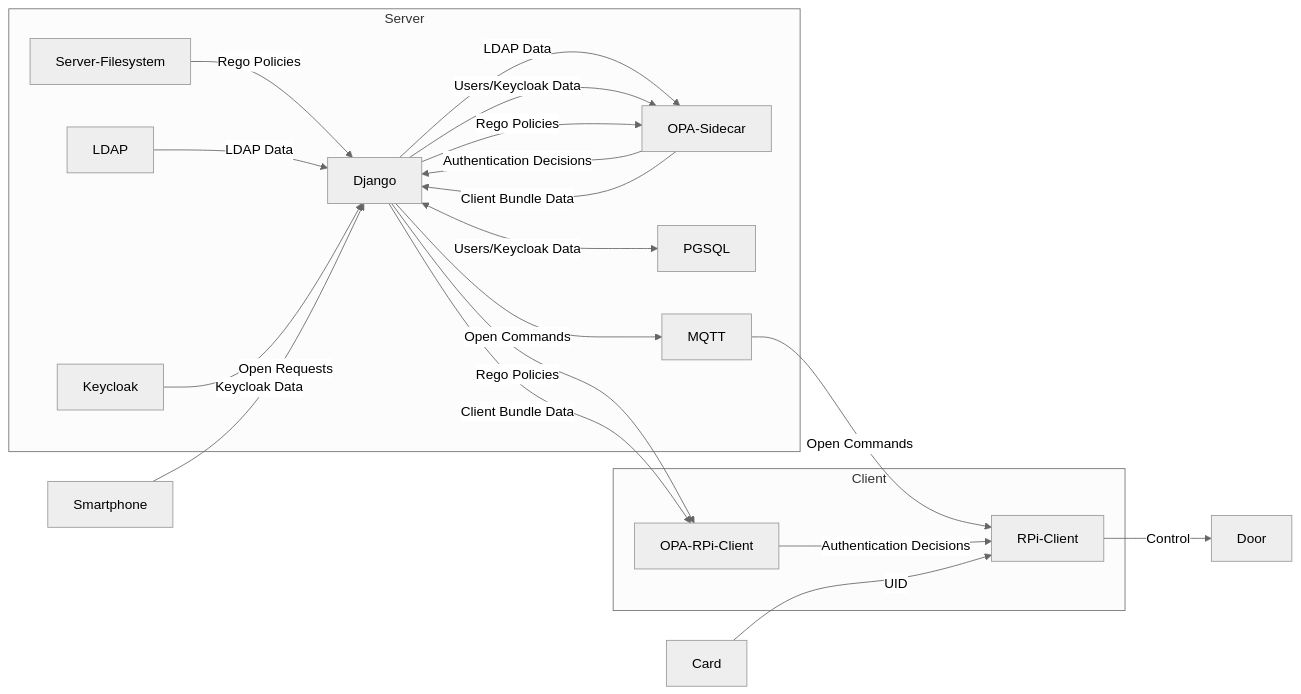
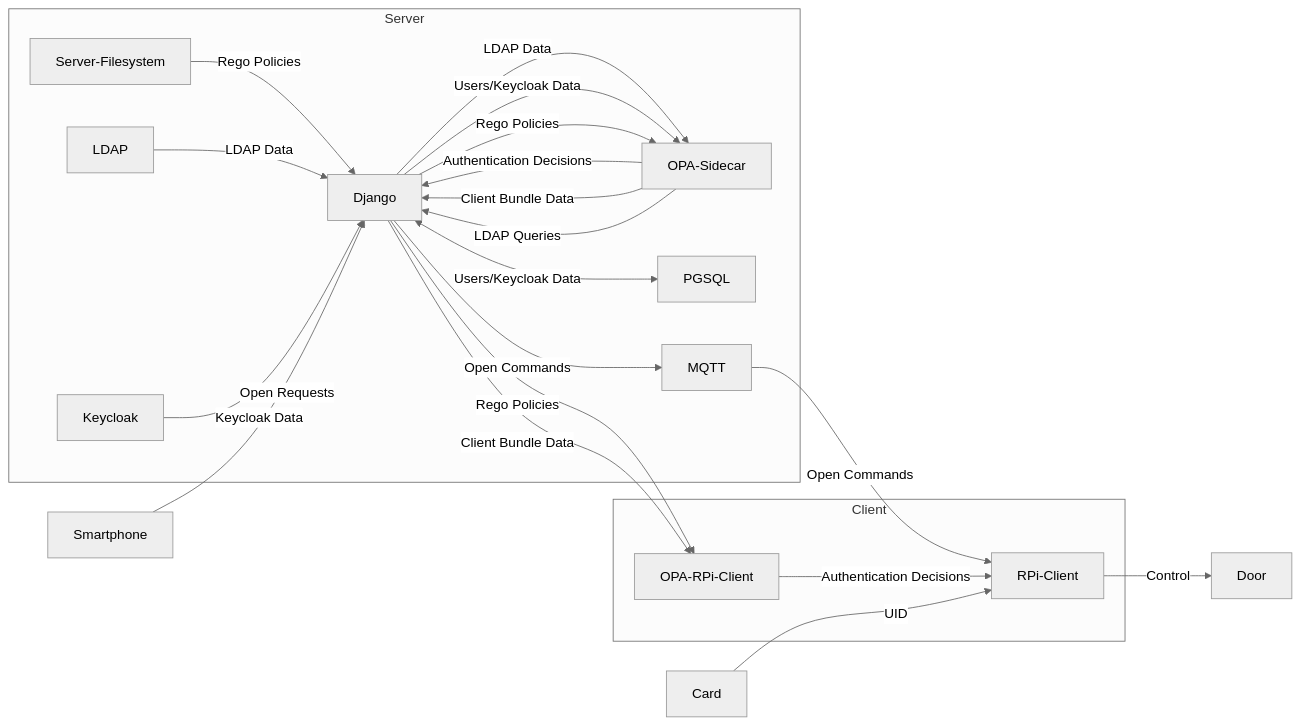
Before and after one commit to phi1010/django_application_framework: the diagram in README.md, drawn with Mermaid (neutral theme). The commit also changed other lines of this file, not shown here.

````diff
--- a/README.md
+++ b/README.md
@@ -50,28 +54,29 @@
 ```mermaid
 flowchart LR
     
     subgraph Server
     Django -->|LDAP Data| OPA-Sidecar 
     Django -->|Users/Keycloak Data| OPA-Sidecar
     Django <-->|Users/Keycloak Data| PGSQL
     Server-Filesystem -->|Rego Policies| Django
     Django -->|Rego Policies| OPA-Sidecar
     OPA-Sidecar -->|Authentication Decisions| Django
     OPA-Sidecar -->|Client Bundle Data| Django
+    OPA-Sidecar -->|LDAP Queries| Django
     LDAP -->|LDAP Data| Django
     Keycloak -->|Keycloak Data| Django
     Django -->|Open Commands| MQTT
     end
     
     Smartphone -->|Open Requests| Django
     
     subgraph Client
     Django -->|Rego Policies| OPA-RPi-Client
     Django -->|Client Bundle Data| OPA-RPi-Client
     MQTT -->|Open Commands| RPi-Client 
     OPA-RPi-Client -->|Authentication Decisions| RPi-Client
     end
 
     Card -->|UID| RPi-Client
     RPi-Client -->|Control| Door
 ```
````
